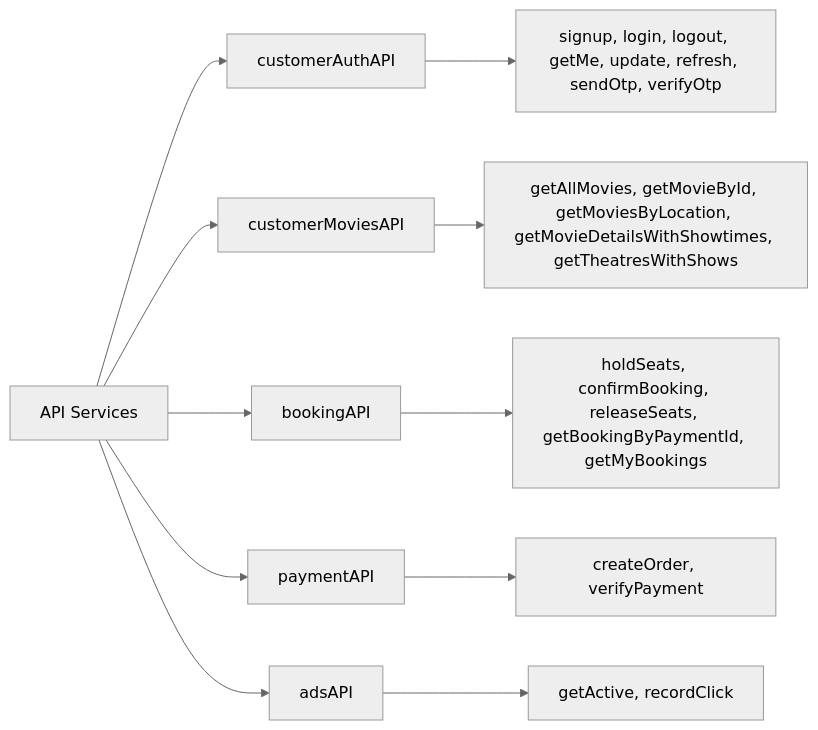
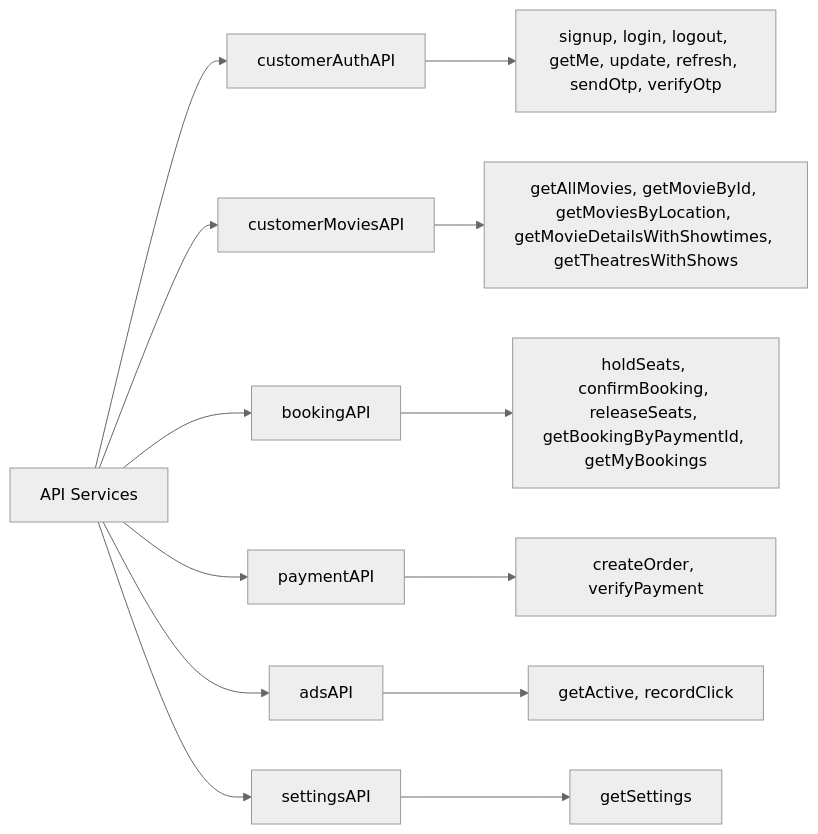
Before and after one commit to hduraimurugan/cinema-app-docs: diagram 13 of 19 in users.md, drawn with Mermaid (neutral theme). The commit also changed other lines of this file and 2 other files, not shown here.

Commit message:
update: add SettingsPage with configurable booking fees and GST; implement settings API for dynamic pricing

````diff
--- a/users.md
+++ b/users.md
@@ -685,14 +694,16 @@
 ```mermaid
 graph LR
     A[API Services] --> B[customerAuthAPI]
     A --> C[customerMoviesAPI]
     A --> D[bookingAPI]
     A --> E[paymentAPI]
     A --> F2[adsAPI]
+    A --> G2[settingsAPI]
 
     B --> F[signup, login, logout, getMe, update, refresh, sendOtp, verifyOtp]
     C --> G[getAllMovies, getMovieById, getMoviesByLocation, getMovieDetailsWithShowtimes, getTheatresWithShows]
     D --> H[holdSeats, confirmBooking, releaseSeats, getBookingByPaymentId, getMyBookings]
     E --> I[createOrder, verifyPayment]
     F2 --> J[getActive, recordClick]
+    G2 --> K[getSettings]
 ```
````
